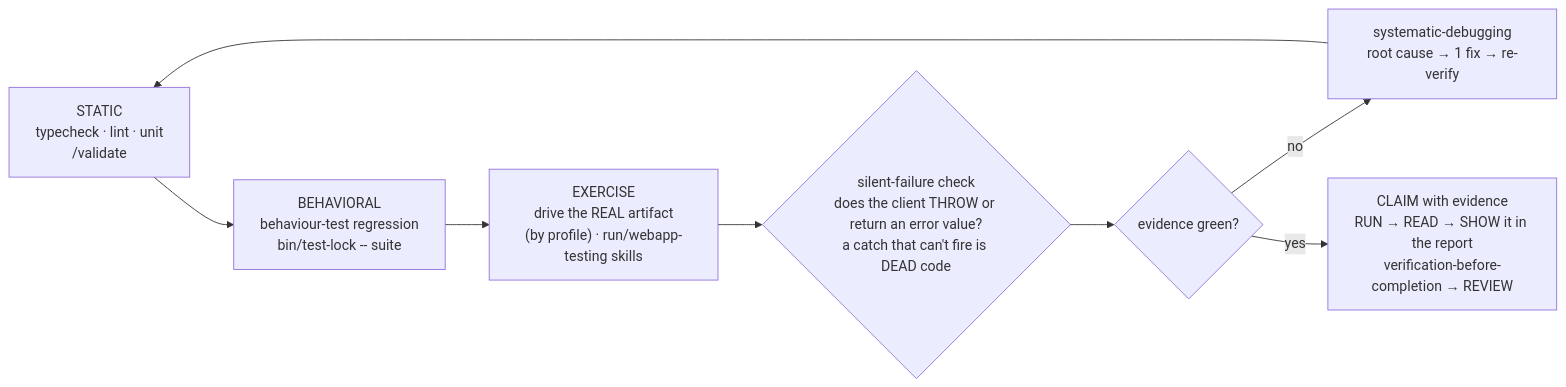
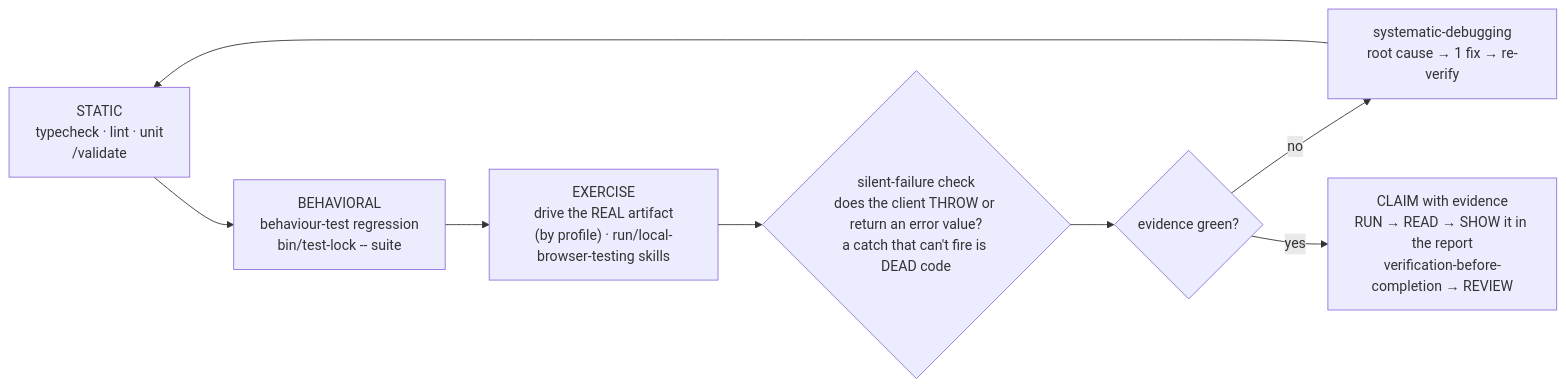
The diagram in .claude/rules/verify-workflow.md (HenriGeorge/Yannick), drawn with Mermaid before and after one commit. The commit also changed other lines of this file and 227 other files, not shown here.

````diff
--- a/.claude/rules/verify-workflow.md
+++ b/.claude/rules/verify-workflow.md
@@ -14,10 +14,10 @@
 ```mermaid
 flowchart LR
     S["STATIC<br/>typecheck · lint · unit<br/>/validate"] --> B["BEHAVIORAL<br/>behaviour-test regression<br/>bin/test-lock -- suite"]
-    B --> L["EXERCISE<br/>drive the REAL artifact<br/>(by profile) · run/webapp-testing skills"]
+    B --> L["EXERCISE<br/>drive the REAL artifact<br/>(by profile) · run/local-browser-testing skills"]
     L --> SF{"silent-failure check<br/>does the client THROW or return an error value?<br/>a catch that can't fire is DEAD code"}
     SF --> Q{evidence green?}
     Q -->|no| D["systematic-debugging<br/>root cause → 1 fix → re-verify"]
     D --> S
     Q -->|yes| C["CLAIM with evidence<br/>RUN → READ → SHOW it in the report<br/>verification-before-completion → REVIEW"]
 ```
````
